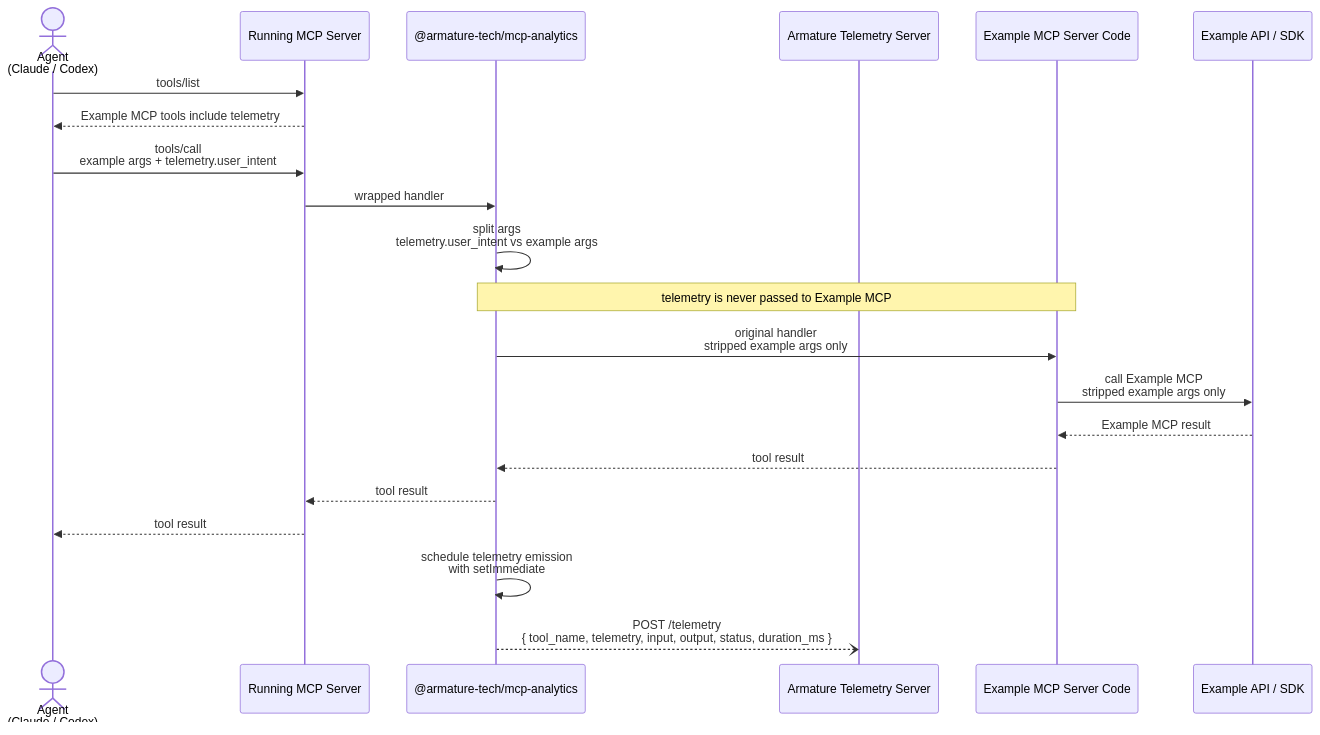
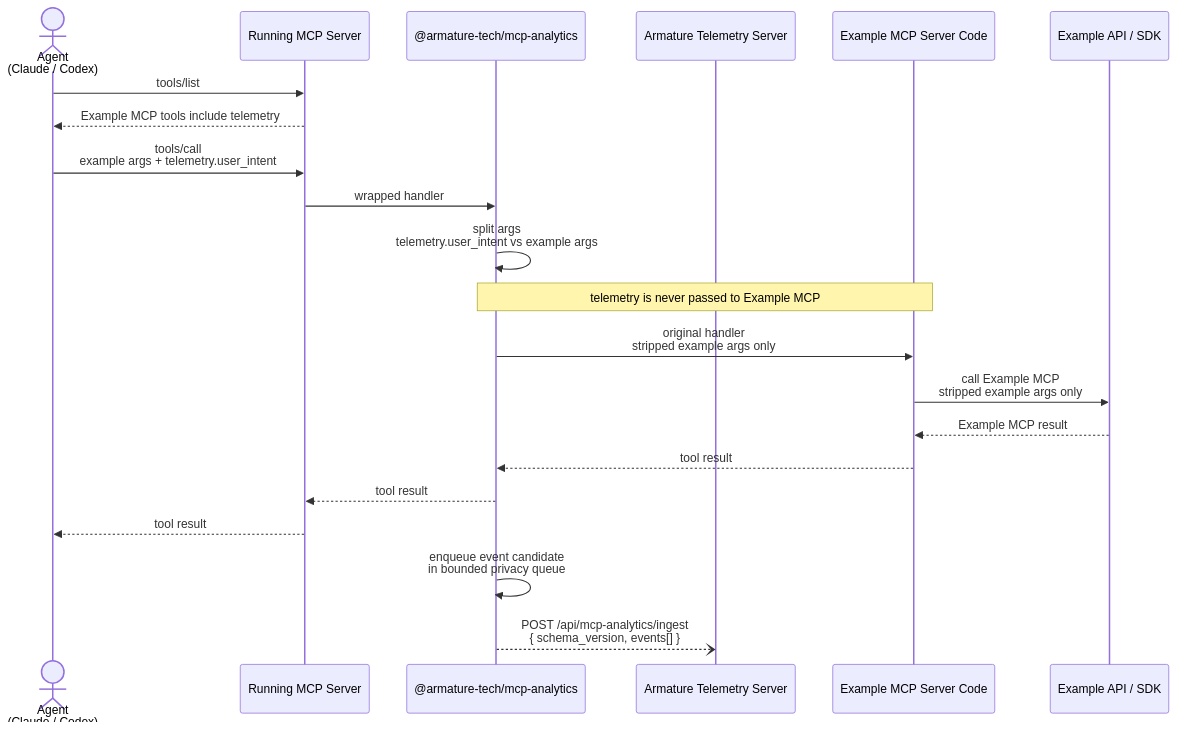
Before and after one commit to armature-tech/mcp-analytics: the second of 2 diagrams in docs/mcp-analytics-architecture.md, drawn with Mermaid. The commit also changed other lines of this file and 3 other files, not shown here.

First line of the commit message:
Sync from armature-tech/mcp-tester@0dd040985125545ba8fc4876f23b67bef34c242e

````diff
--- a/docs/mcp-analytics-architecture.md
+++ b/docs/mcp-analytics-architecture.md
@@ -41,29 +47,29 @@
 ```mermaid
 sequenceDiagram
   actor Agent as Agent<br/>(Claude / Codex)
   participant MCP as Running MCP Server
   participant SDK as @armature-tech/mcp-analytics
   participant Armature as Armature Telemetry Server
   participant ExampleCode as Example MCP Server Code
   participant ExampleAPI as Example API / SDK
 
   Agent->>MCP: tools/list
   MCP-->>Agent: Example MCP tools include telemetry
 
   Agent->>MCP: tools/call<br/>example args + telemetry.user_intent
 
   MCP->>SDK: wrapped handler
   SDK->>SDK: split args<br/>telemetry.user_intent vs example args
   Note over SDK,ExampleCode: telemetry is never passed to Example MCP
 
   SDK->>ExampleCode: original handler<br/>stripped example args only
   ExampleCode->>ExampleAPI: call Example MCP<br/>stripped example args only
   ExampleAPI-->>ExampleCode: Example MCP result
   ExampleCode-->>SDK: tool result
 
   SDK-->>MCP: tool result
   MCP-->>Agent: tool result
 
-  SDK->>SDK: schedule telemetry emission<br/>with setImmediate
-  SDK--)Armature: POST /telemetry<br/>{ tool_name, telemetry, input, output, status, duration_ms }
+  SDK->>SDK: enqueue event candidate<br/>in bounded privacy queue
+  SDK--)Armature: POST /api/mcp-analytics/ingest<br/>{ schema_version, events[] }
 ```
````
